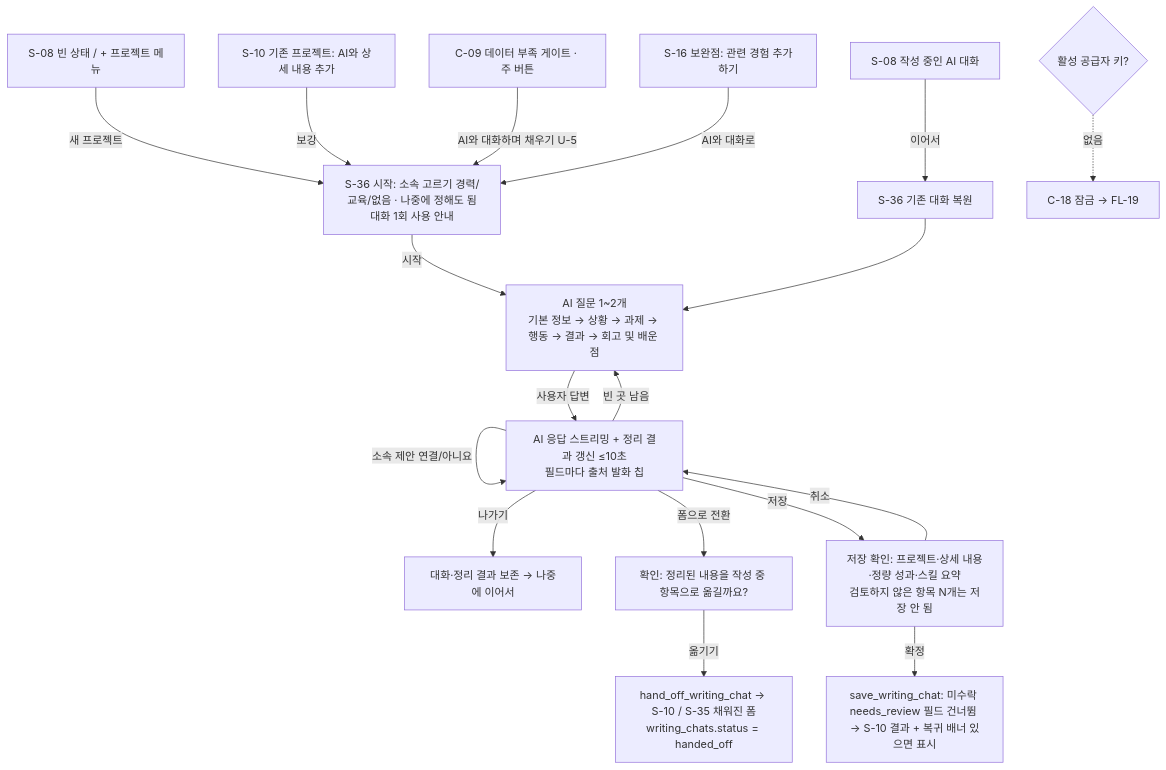
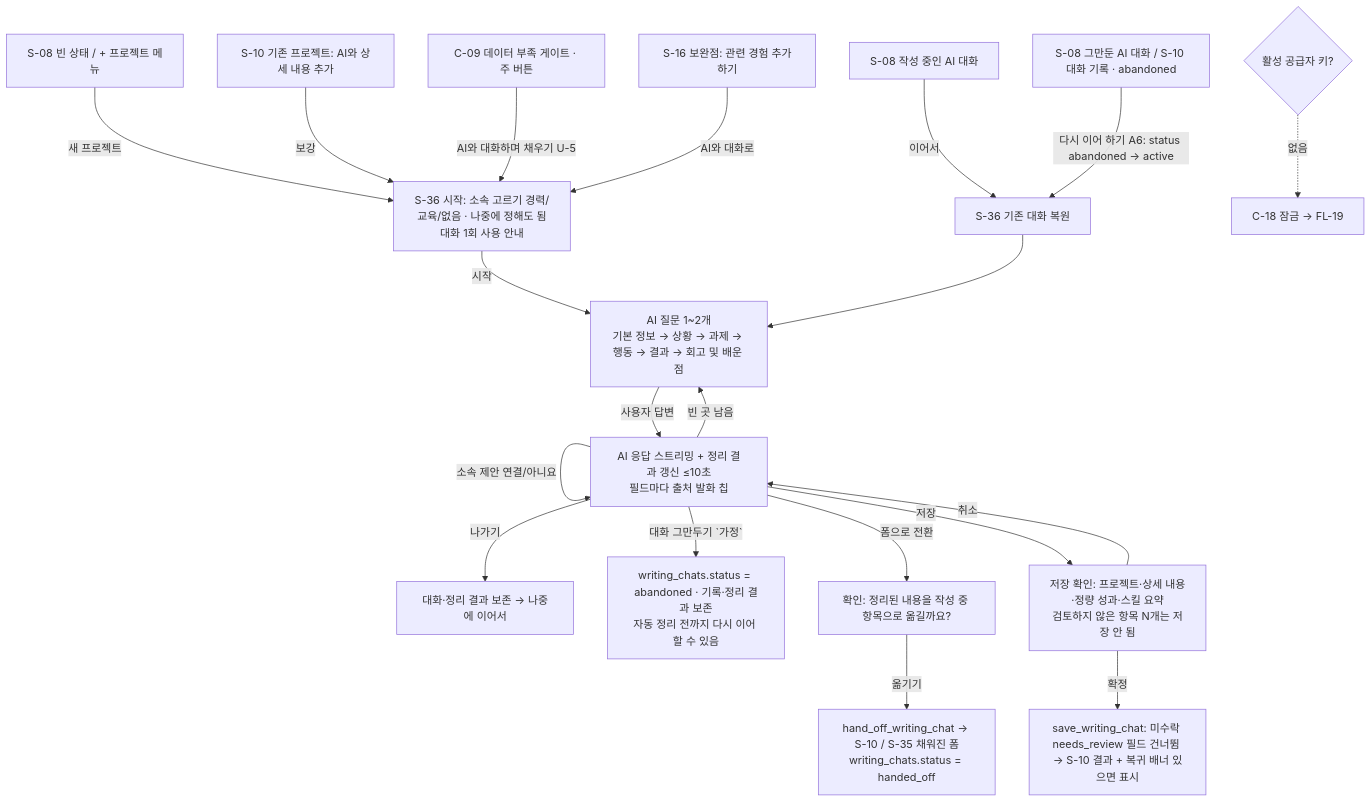
One commit to j-hyunn/resumate changed the fourth of 20 diagrams in _workspace/02_ux-planner_flows.md. Above: the diagram before and after it, drawn with Mermaid. The commit also changed other lines of this file and 19 other files, not shown here.

````diff
--- a/_workspace/02_ux-planner_flows.md
+++ b/_workspace/02_ux-planner_flows.md
@@ -272,23 +272,25 @@
 ```mermaid
 flowchart TD
   A1[S-08 빈 상태 / + 프로젝트 메뉴] -->|새 프로젝트| S
   A2[S-10 기존 프로젝트: AI와 상세 내용 추가] -->|보강| S
   A3[C-09 데이터 부족 게이트 · 주 버튼] -->|AI와 대화하며 채우기 U-5| S
   A4[S-16 보완점: 관련 경험 추가하기] -->|AI와 대화로| S
   A5[S-08 작성 중인 AI 대화] -->|이어서| R[S-36 기존 대화 복원]
+  A6[S-08 그만둔 AI 대화 / S-10 대화 기록 · abandoned] -->|다시 이어 하기 A6: status abandoned → active| R
   K0{활성 공급자 키?} -.없음.-> LK[C-18 잠금 → FL-19]
 
   S[S-36 시작: 소속 고르기 경력/교육/없음 · 나중에 정해도 됨<br/>대화 1회 사용 안내] -->|시작| Q[AI 질문 1~2개<br/>기본 정보 → 상황 → 과제 → 행동 → 결과 → 회고 및 배운 점]
   R --> Q
   Q -->|사용자 답변| U[AI 응답 스트리밍 + 정리 결과 갱신 ≤10초<br/>필드마다 출처 발화 칩]
   U -->|빈 곳 남음| Q
   U -->|사용자가 필드 직접 수정 origin = user_edit| U
   U -->|검토 필요 필드 수락/거절| U
   U -->|소속 제안 연결/아니요| U
   U -->|폼으로 전환| F[확인: 정리된 내용을 작성 중 항목으로 옮길까요?]
   F -->|옮기기| G[hand_off_writing_chat → S-10 / S-35 채워진 폼<br/>writing_chats.status = handed_off]
   U -->|저장| V[저장 확인: 프로젝트·상세 내용·정량 성과·스킬 요약<br/>검토하지 않은 항목 N개는 저장 안 됨]
   V -->|확정| W[save_writing_chat: 미수락 needs_review 필드 건너뜀 → S-10 결과 + 복귀 배너 있으면 표시]
   V -->|취소| U
   U -->|나가기| P[대화·정리 결과 보존 → 나중에 이어서]
+  U -->|대화 그만두기 `가정`| AB[writing_chats.status = abandoned · 기록·정리 결과 보존<br/>자동 정리 전까지 다시 이어 할 수 있음]
 ```
````
